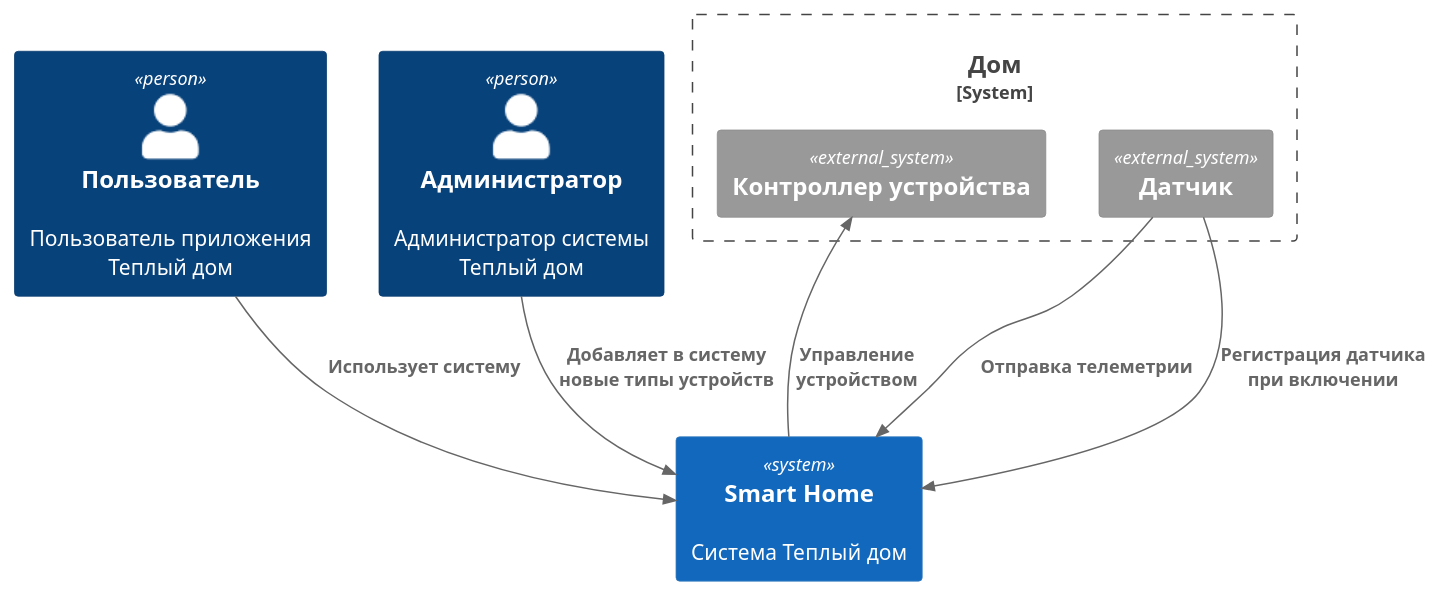
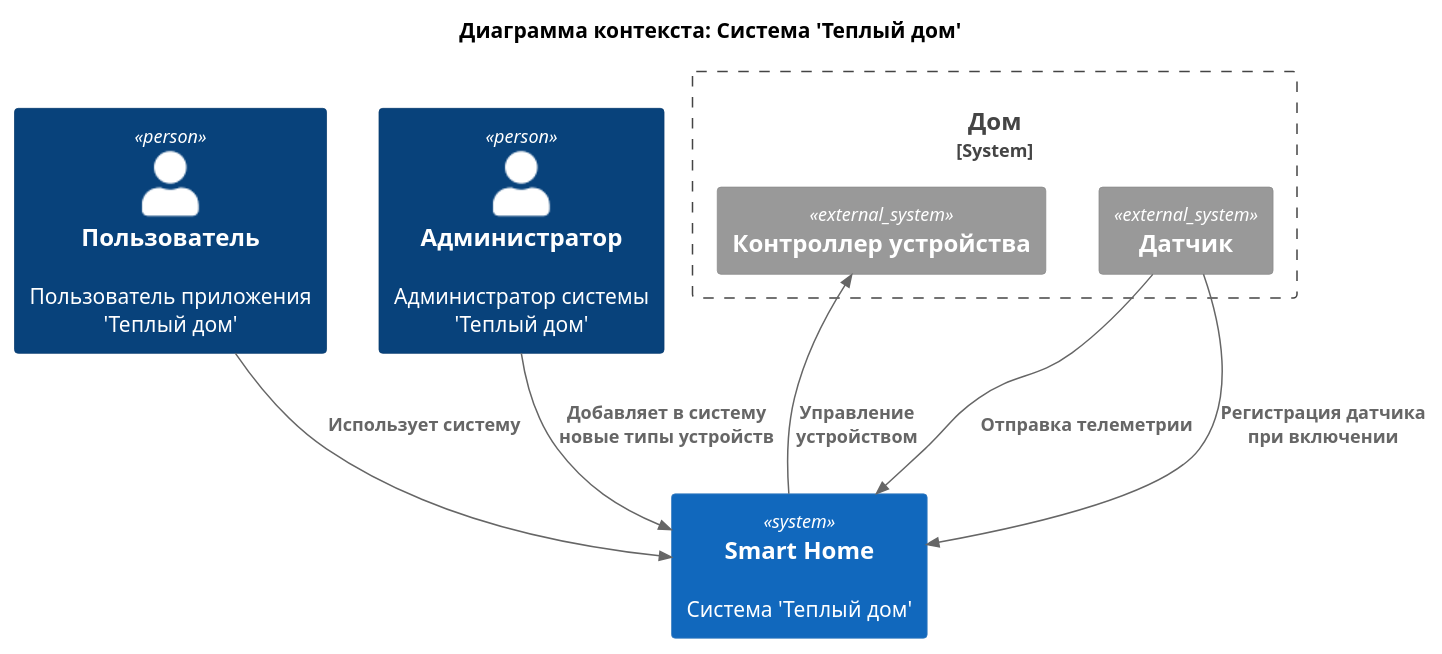
One commit to knautilus/architecture-warmhouse changed the diagram in diagrams/smart_home/ToBe_Context.puml. Above: the diagram before and after it, drawn with PlantUML. The commit also changed 4 other files, not shown here.

```diff
--- a/diagrams/smart_home/ToBe_Context.puml
+++ b/diagrams/smart_home/ToBe_Context.puml
@@ -1,21 +1,23 @@
 @startuml
+
+title Диаграмма контекста: Система 'Теплый дом'
 
 !include https://raw.githubusercontent.com/plantuml-stdlib/C4-PlantUML/master/C4_Context.puml
 
-Person(User, "Пользователь", "Пользователь приложения Теплый дом")
-Person(Admin, "Администратор", "Администратор системы Теплый дом")
+Person(User, "Пользователь", "Пользователь приложения 'Теплый дом'")
+Person(Admin, "Администратор", "Администратор системы 'Теплый дом'")
 
-System(SmartHome, "Smart Home", "Система Теплый дом")
+System(SmartHome, "Smart Home", "Система 'Теплый дом'")
 
 System_Boundary(House, "Дом") {
     System_Ext(Sensor, "Датчик")
     System_Ext(Device, "Контроллер устройства")
 }
 
 Rel(Admin, SmartHome, "Добавляет в систему новые типы устройств")
 Rel(User, SmartHome, "Использует систему")
 Rel(Sensor, SmartHome, "Отправка телеметрии")
 Rel(Sensor, SmartHome, "Регистрация датчика при включении")
 Rel(SmartHome, Device, "Управление устройством")
 
 @enduml
```
